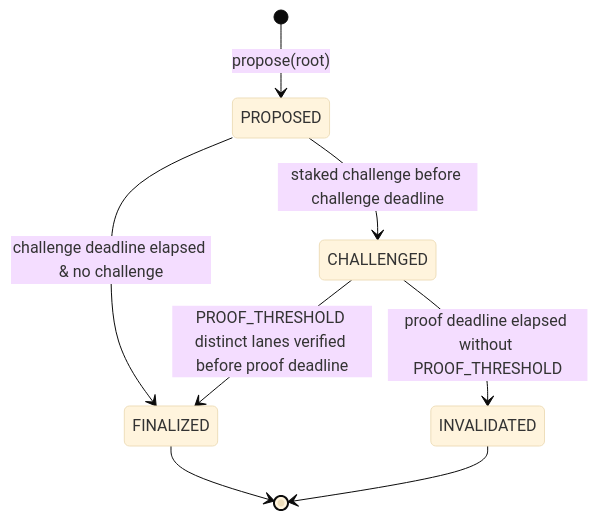
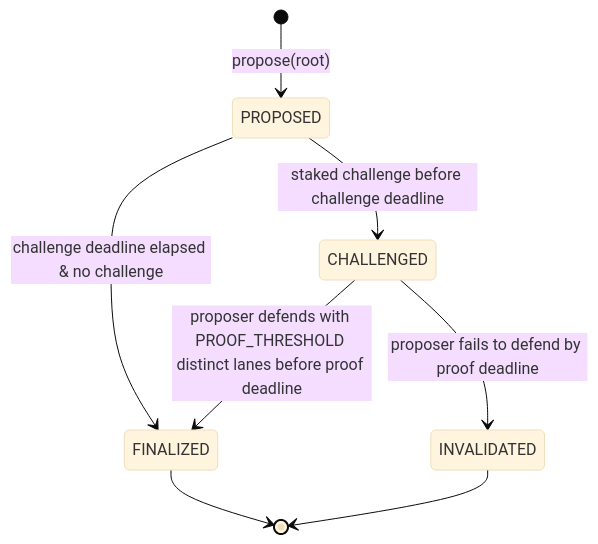
Before and after one commit to worldcoin/world-chain: the diagram in wips/wip-1006.md, drawn with Mermaid (base theme). The commit also changed other lines of this file, not shown here.

Commit message:
chore: proposer defends instead of challenger

````diff
--- a/wips/wip-1006.md
+++ b/wips/wip-1006.md
@@ -129,10 +129,10 @@
 ```mermaid
 stateDiagram-v2
     [*] --> PROPOSED: propose(root)
     PROPOSED --> FINALIZED: challenge deadline elapsed & no challenge
     PROPOSED --> CHALLENGED: staked challenge before challenge deadline
-    CHALLENGED --> FINALIZED: PROOF_THRESHOLD distinct lanes verified before proof deadline
-    CHALLENGED --> INVALIDATED: proof deadline elapsed without PROOF_THRESHOLD
+    CHALLENGED --> FINALIZED: proposer defends with PROOF_THRESHOLD distinct lanes before proof deadline
+    CHALLENGED --> INVALIDATED: proposer fails to defend by proof deadline
     FINALIZED --> [*]
     INVALIDATED --> [*]
 ```
````
